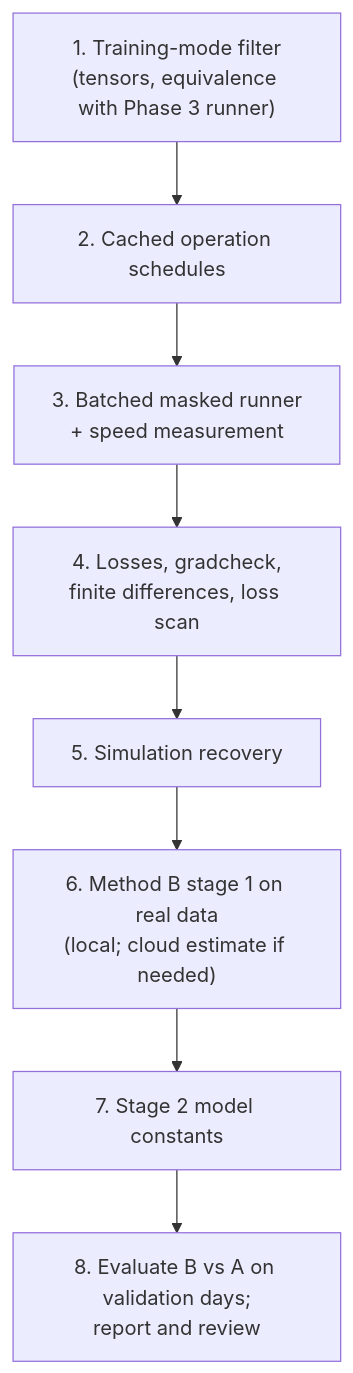
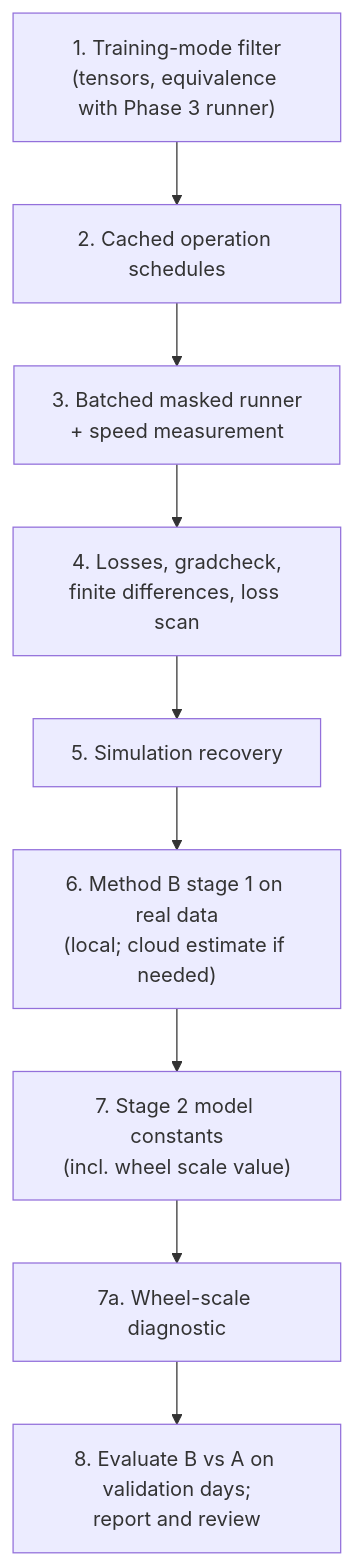
Before and after one commit to JustMohsen/learning-assisted-state-estimation: the diagram in plans/PHASE_4_TRAINING.md, drawn with Mermaid. The commit also changed other lines of this file, not shown here.

Commit message:
Phase 4 plan: learn wheel scale as anchored constant; add wheel-scale diagnostic (R6 result)

````diff
--- a/plans/PHASE_4_TRAINING.md
+++ b/plans/PHASE_4_TRAINING.md
@@ -135,10 +137,11 @@
 ```mermaid
 flowchart TD
     W1["1. Training-mode filter<br/>(tensors, equivalence with Phase 3 runner)"] --> W2["2. Cached operation schedules"]
     W2 --> W3["3. Batched masked runner<br/>+ speed measurement"]
     W3 --> W4["4. Losses, gradcheck,<br/>finite differences, loss scan"]
     W4 --> W5["5. Simulation recovery"]
     W5 --> W6["6. Method B stage 1 on real data<br/>(local; cloud estimate if needed)"]
-    W6 --> W7["7. Stage 2 model constants"]
-    W7 --> W8["8. Evaluate B vs A on validation days;<br/>report and review"]
+    W6 --> W7["7. Stage 2 model constants<br/>(incl. wheel scale value)"]
+    W7 --> W7a["7a. Wheel-scale diagnostic"]
+    W7a --> W8["8. Evaluate B vs A on validation days;<br/>report and review"]
 ```
````
